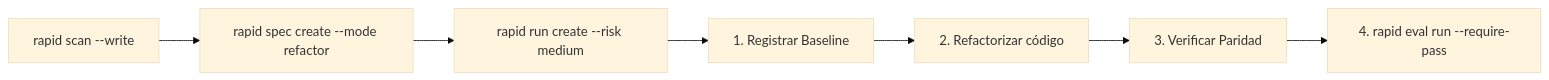
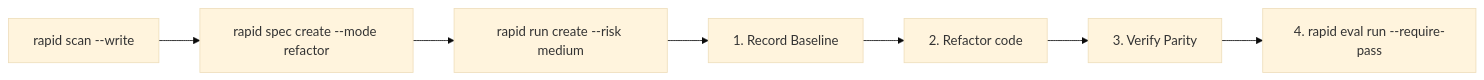
The diagram in docs/guides/modes/refactor.md (alyconr/Rapid-OS), drawn with Mermaid (base theme) before and after one commit. The commit also changed other lines of this file and 81 other files, not shown here.

````diff
--- a/docs/guides/modes/refactor.md
+++ b/docs/guides/modes/refactor.md
@@ -41,9 +41,9 @@
 ```mermaid
 flowchart LR
     Scan["rapid scan --write"] --> Spec["rapid spec create --mode refactor"]
     Spec --> Run["rapid run create --risk medium"]
-    Run --> Base["1. Registrar Baseline"]
-    Base --> Exec["2. Refactorizar código"]
-    Exec --> Verify["3. Verificar Paridad"]
+    Run --> Base["1. Record Baseline"]
+    Base --> Exec["2. Refactor code"]
+    Exec --> Verify["3. Verify Parity"]
     Verify --> Eval["4. rapid eval run --require-pass"]
 ```
````
